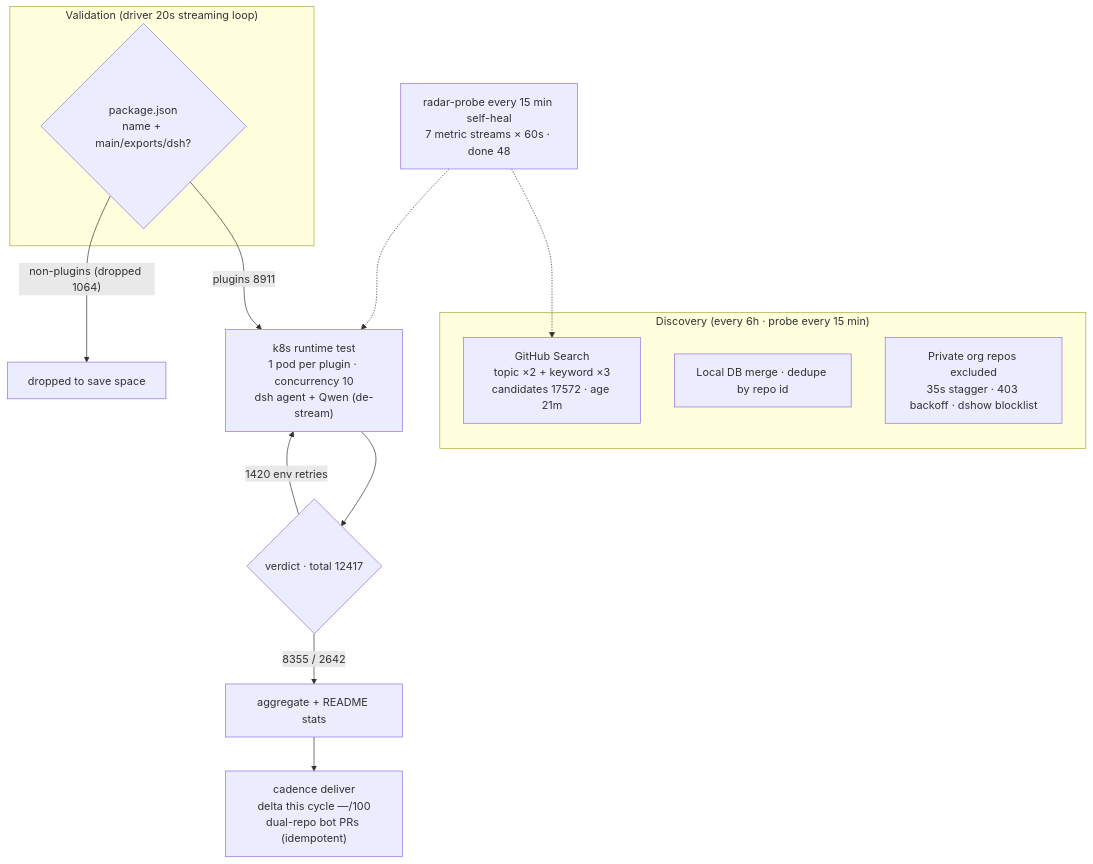
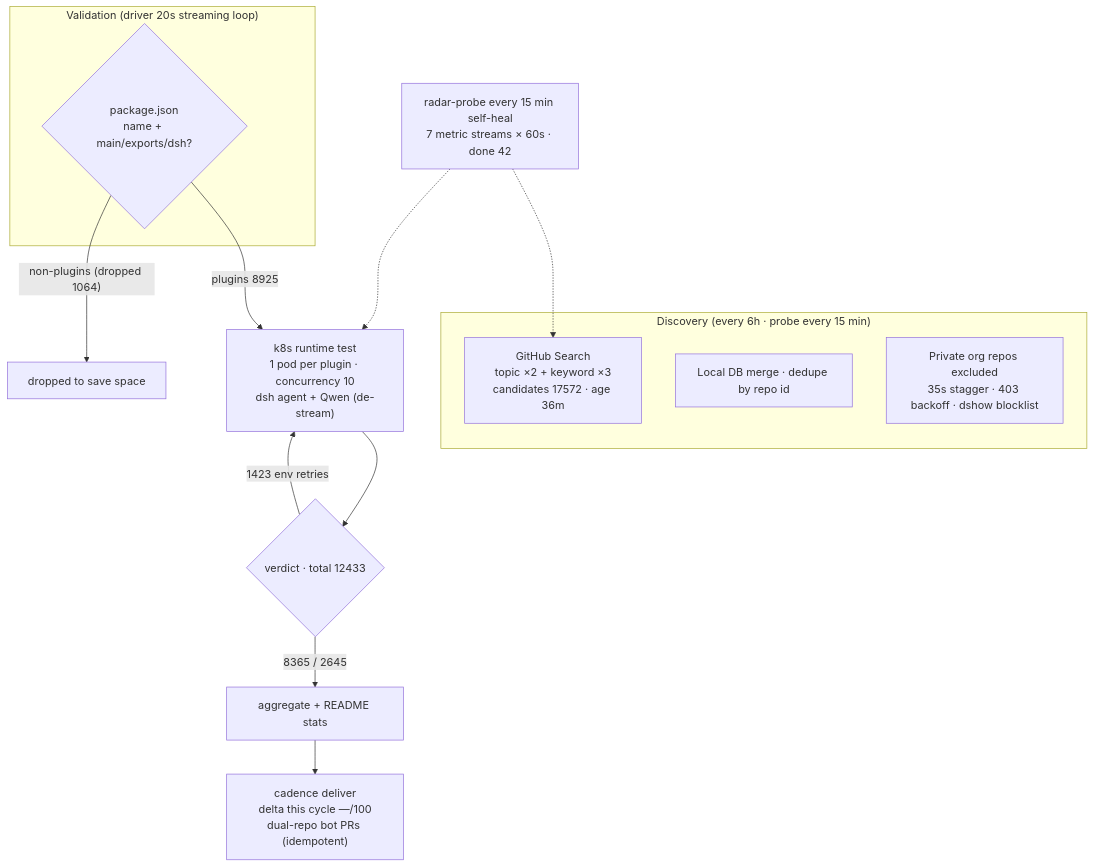
One commit to AdamPlatin123/awesome-dsh-plugins changed the diagram in README.en-US.md. Above: the diagram before and after it, drawn with Mermaid. The commit also changed other lines of this file and 5 other files, not shown here.

````diff
--- a/README.en-US.md
+++ b/README.en-US.md
@@ -45,20 +45,20 @@
 ```mermaid
 flowchart TB
     subgraph Discovery["Discovery (every 6h · probe every 15 min)"]
-        A1["GitHub Search<br/>topic ×2 + keyword ×3<br/>candidates 17572 · age 21m"]
+        A1["GitHub Search<br/>topic ×2 + keyword ×3<br/>candidates 17572 · age 36m"]
         A2["Local DB merge · dedupe by repo id"]
         A3["Private org repos excluded<br/>35s stagger · 403 backoff · dshow blocklist"]
     end
     subgraph Validation["Validation (driver 20s streaming loop)"]
         B1{"package.json<br/>name + main/exports/dsh?"}
     end
-    B1 -->|"plugins 8911"| C1["k8s runtime test<br/>1 pod per plugin · concurrency 10<br/>dsh agent + Qwen (de-stream)"]
+    B1 -->|"plugins 8925"| C1["k8s runtime test<br/>1 pod per plugin · concurrency 10<br/>dsh agent + Qwen (de-stream)"]
     B1 -->|"non-plugins (dropped 1064)"| B3["dropped to save space"]
-    C1 --> D1{"verdict · total 12417"}
-    D1 -->|"8355 / 2642"| E1["aggregate + README stats"]
-    D1 -->|"1420 env retries"| C1
+    C1 --> D1{"verdict · total 12433"}
+    D1 -->|"8365 / 2645"| E1["aggregate + README stats"]
+    D1 -->|"1423 env retries"| C1
     E1 --> E2["cadence deliver<br/>delta this cycle —/100<br/>dual-repo bot PRs (idempotent)"]
-    M["radar-probe every 15 min self-heal<br/>7 metric streams × 60s · done 48"]
+    M["radar-probe every 15 min self-heal<br/>7 metric streams × 60s · done 42"]
     M -.-> A1
     M -.-> C1
 ```
````
